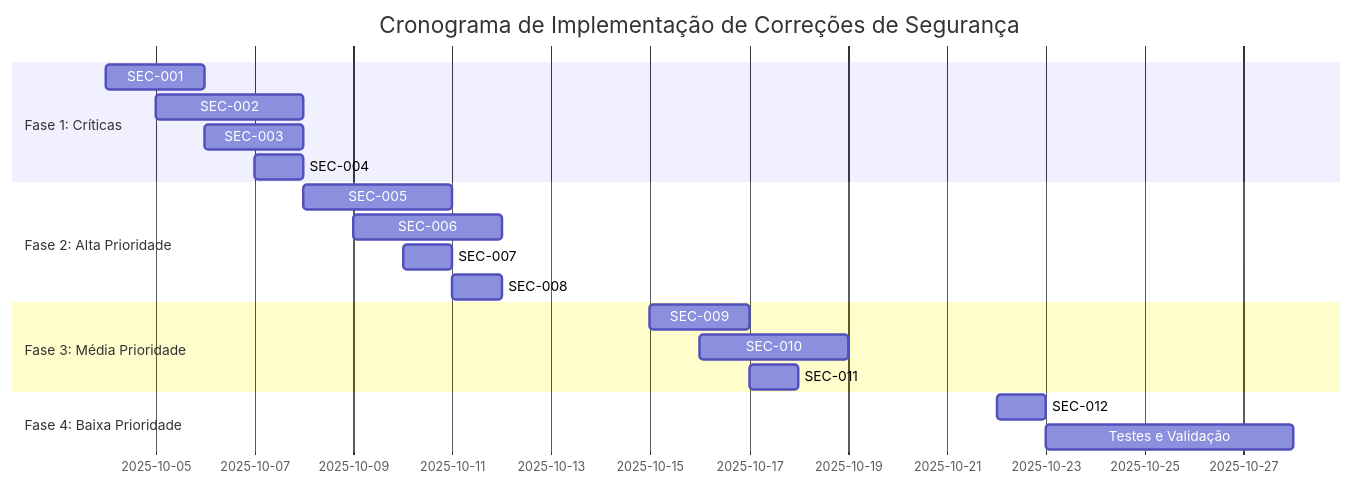
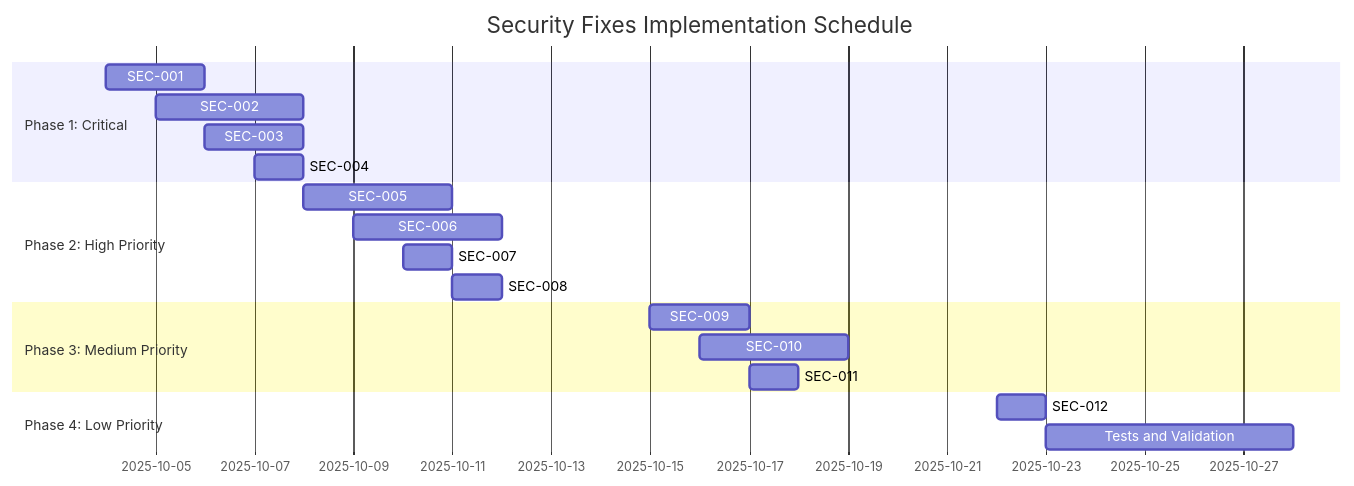
The first of 2 diagrams in security-fix-action-plan.md (lgdevlop/spotify-playlist), drawn with Mermaid before and after one commit. The commit also changed other lines of this file and 5 other files, not shown here.

Commit message:
📝 docs(security): update SEC-001 status to resolved and add compliance evaluation and implementation plan

````diff
--- a/security-fix-action-plan.md
+++ b/security-fix-action-plan.md
@@ -42,25 +43,25 @@
 ```mermaid
 gantt
-    title Cronograma de Implementação de Correções de Segurança
+    title Security Fixes Implementation Schedule
     dateFormat  YYYY-MM-DD
-    section Fase 1: Críticas
-    SEC-001: Exposição Client Secrets   :crit, 2025-10-04, 2d
-    SEC-002: Exposição Refresh Tokens   :crit, 2025-10-05, 3d
-    SEC-003: Armazenamento Global       :crit, 2025-10-06, 2d
-    SEC-004: Tokens em Logs             :crit, 2025-10-07, 1d
+    section Phase 1: Critical
+    SEC-001: Client Secrets Exposure   :done, 2025-10-04, 2d
+    SEC-002: Refresh Tokens Exposure   :crit, 2025-10-05, 3d
+    SEC-003: Global Storage            :crit, 2025-10-06, 2d
+    SEC-004: Tokens in Logs            :crit, 2025-10-07, 1d
     
-    section Fase 2: Alta Prioridade
-    SEC-005: Proteção CSRF              :2025-10-08, 3d
-    SEC-006: Rate Limiting              :2025-10-09, 3d
-    SEC-007: Clickjacking               :2025-10-10, 1d
-    SEC-008: Dados Pessoais Logs        :2025-10-11, 1d
+    section Phase 2: High Priority
+    SEC-005: CSRF Protection           :2025-10-08, 3d
+    SEC-006: Rate Limiting             :2025-10-09, 3d
+    SEC-007: Clickjacking              :2025-10-10, 1d
+    SEC-008: Personal Data Logs        :2025-10-11, 1d
     
-    section Fase 3: Média Prioridade
-    SEC-009: Configuração Cookies       :2025-10-15, 2d
-    SEC-010: Validação Input            :2025-10-16, 3d
-    SEC-011: Headers Segurança          :2025-10-17, 1d
+    section Phase 3: Medium Priority
+    SEC-009: Cookie Configuration      :2025-10-15, 2d
+    SEC-010: Input Validation          :2025-10-16, 3d
+    SEC-011: Security Headers          :2025-10-17, 1d
     
-    section Fase 4: Baixa Prioridade
-    SEC-012: Debug Produção             :2025-10-22, 1d
-    Testes e Validação                  :2025-10-23, 5d
+    section Phase 4: Low Priority
+    SEC-012: Debug Production          :2025-10-22, 1d
+    Tests and Validation               :2025-10-23, 5d
 ```
````
